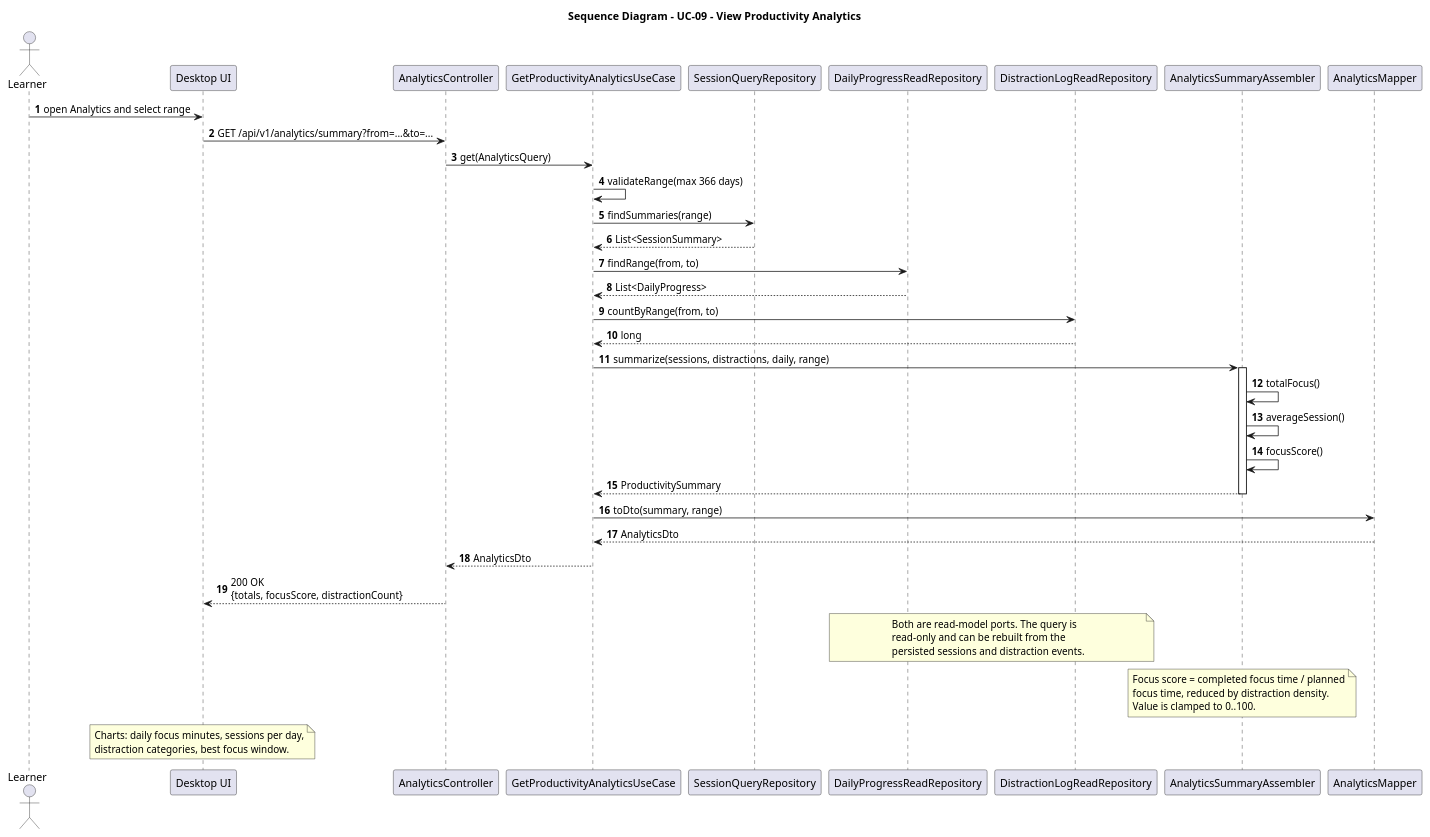
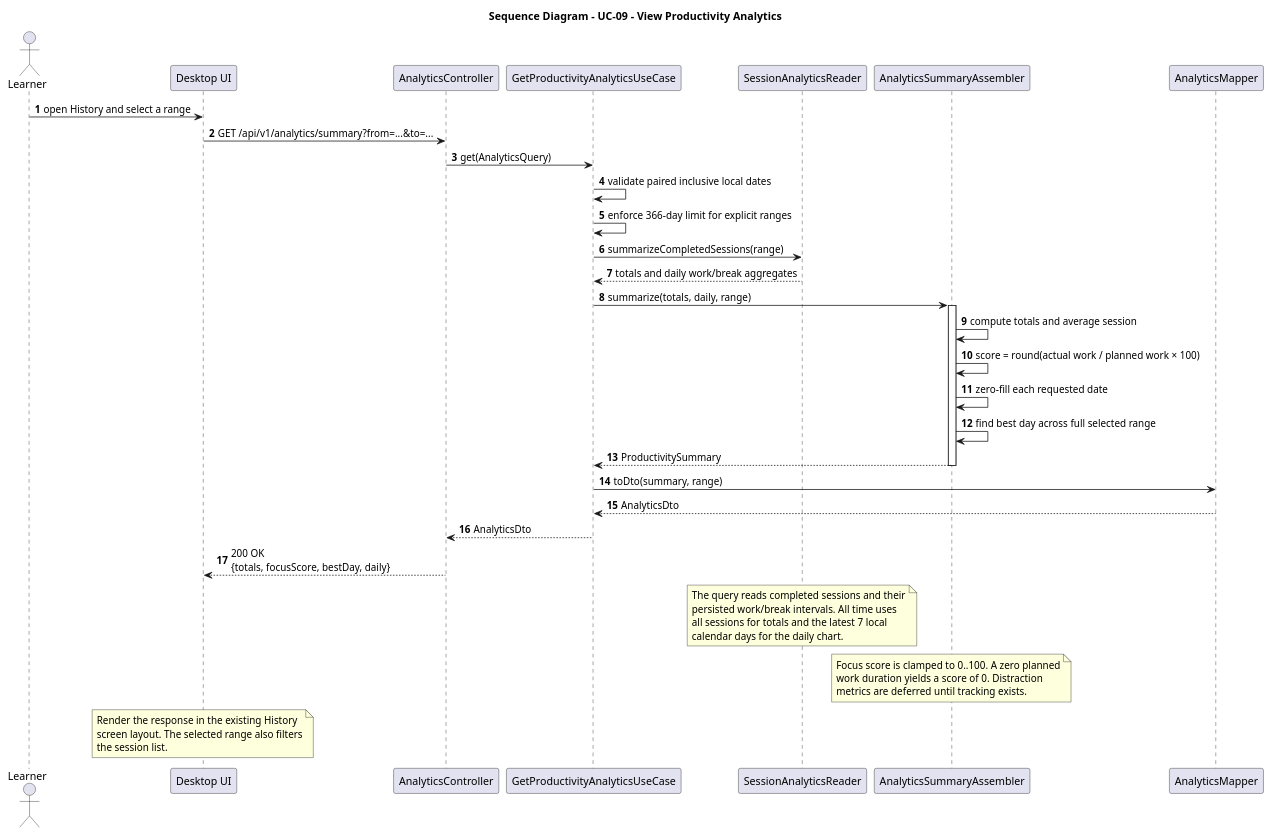
Before and after one commit to MiguelRibeiro1210/Focus-and-Study-Tracking: the diagram in docs/SD/SD_ViewAnalytics.puml, drawn with PlantUML. The commit also changed 14 other files, not shown here.

```diff
--- a/docs/SD/SD_ViewAnalytics.puml
+++ b/docs/SD/SD_ViewAnalytics.puml
@@ -1,55 +1,53 @@
 @startuml
 title Sequence Diagram - UC-09 - View Productivity Analytics
 
 autonumber
 actor Learner
 participant "Desktop UI" as UI
 participant "AnalyticsController" as Controller
 participant "GetProductivityAnalyticsUseCase" as UseCase
-participant "SessionQueryRepository" as SessionRepo
-participant "DailyProgressReadRepository" as ProgressRepo
-participant "DistractionLogReadRepository" as DistractionRepo
+participant "SessionAnalyticsReader" as SessionRepo
 participant "AnalyticsSummaryAssembler" as Assembler
 participant "AnalyticsMapper" as Mapper
 
-Learner -> UI : open Analytics and select range
+Learner -> UI : open History and select a range
 UI -> Controller : GET /api/v1/analytics/summary?from=...&to=...
 Controller -> UseCase : get(AnalyticsQuery)
-UseCase -> UseCase : validateRange(max 366 days)
+UseCase -> UseCase : validate paired inclusive local dates
+UseCase -> UseCase : enforce 366-day limit for explicit ranges
 
-UseCase -> SessionRepo : findSummaries(range)
-SessionRepo --> UseCase : List<SessionSummary>
-UseCase -> ProgressRepo : findRange(from, to)
-ProgressRepo --> UseCase : List<DailyProgress>
-UseCase -> DistractionRepo : countByRange(from, to)
-DistractionRepo --> UseCase : long
-UseCase -> Assembler : summarize(sessions, distractions, daily, range)
+UseCase -> SessionRepo : summarizeCompletedSessions(range)
+SessionRepo --> UseCase : totals and daily work/break aggregates
+UseCase -> Assembler : summarize(totals, daily, range)
 activate Assembler
-Assembler -> Assembler : totalFocus()
-Assembler -> Assembler : averageSession()
-Assembler -> Assembler : focusScore()
+Assembler -> Assembler : compute totals and average session
+Assembler -> Assembler : score = round(actual work / planned work × 100)
+Assembler -> Assembler : zero-fill each requested date
+Assembler -> Assembler : find best day across full selected range
 Assembler --> UseCase : ProductivitySummary
 deactivate Assembler
 UseCase -> Mapper : toDto(summary, range)
 Mapper --> UseCase : AnalyticsDto
 UseCase --> Controller : AnalyticsDto
-Controller --> UI : 200 OK\n{totals, focusScore, distractionCount}
+Controller --> UI : 200 OK\n{totals, focusScore, bestDay, daily}
 
-note over ProgressRepo, DistractionRepo
-  Both are read-model ports. The query is
-  read-only and can be rebuilt from the
-  persisted sessions and distraction events.
+note over SessionRepo
+  The query reads completed sessions and their
+  persisted work/break intervals. All time uses
+  all sessions for totals and the latest 7 local
+  calendar days for the daily chart.
 end note
 
 note over Assembler
-  Focus score = completed focus time / planned
-  focus time, reduced by distraction density.
-  Value is clamped to 0..100.
+  Focus score is clamped to 0..100. A zero planned
+  work duration yields a score of 0. Distraction
+  metrics are deferred until tracking exists.
 end note
 
 note over UI
-  Charts: daily focus minutes, sessions per day,
-  distraction categories, best focus window.
+  Render the response in the existing History
+  screen layout. The selected range also filters
+  the session list.
 end note
 
 @enduml
```
